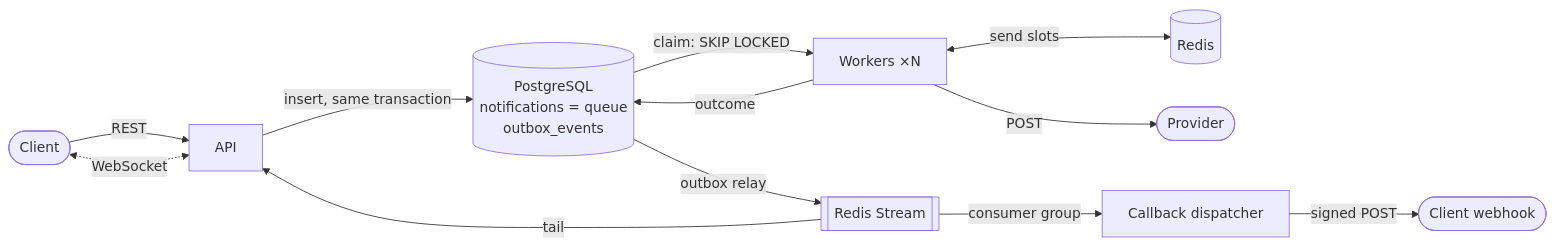
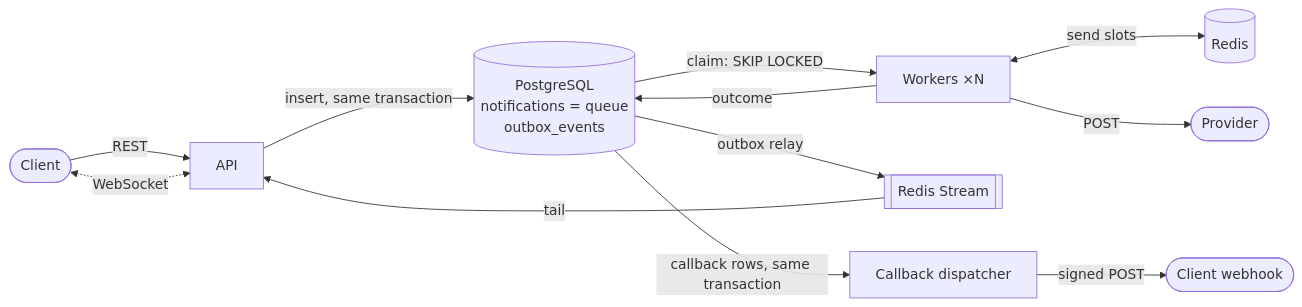
The first of 2 diagrams in README.md (tariktek/eventDrivenNotificationSystem), drawn with Mermaid before and after one commit. The commit also changed other lines of this file and 17 other files, not shown here.

Commit message:
fix: queue status callbacks in the status change transaction instead of reading them from the event stream, so none is lost and none arrives out of order

````diff
--- a/README.md
+++ b/README.md
@@ -153,14 +153,14 @@
 ```mermaid
 flowchart LR
     client([Client]) -->|REST| api[API]
     client <-.->|WebSocket| api
     api -->|insert, same transaction| pg[(PostgreSQL<br/>notifications = queue<br/>outbox_events)]
     pg -->|claim: SKIP LOCKED| worker[Workers ×N]
     worker <-->|send slots| redis[(Redis)]
     worker -->|POST| provider([Provider])
     worker -->|outcome| pg
     pg -->|outbox relay| stream[[Redis Stream]]
     stream -->|tail| api
-    stream -->|consumer group| cb[Callback dispatcher]
+    pg -->|callback rows, same transaction| cb[Callback dispatcher]
     cb -->|signed POST| hook([Client webhook])
 ```
````
